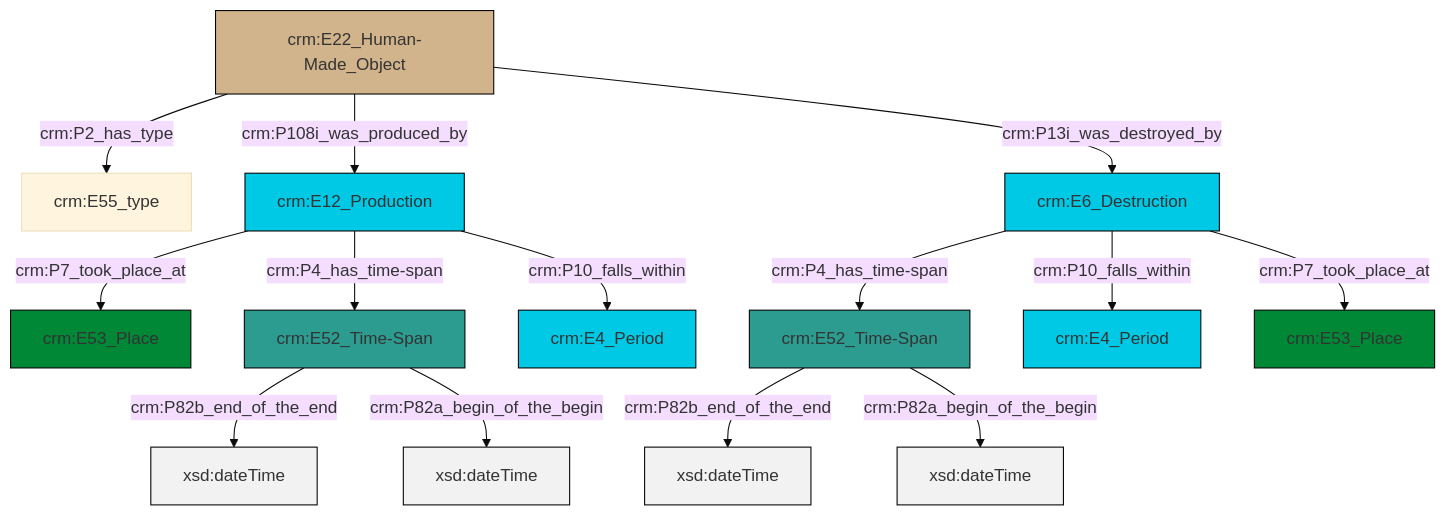
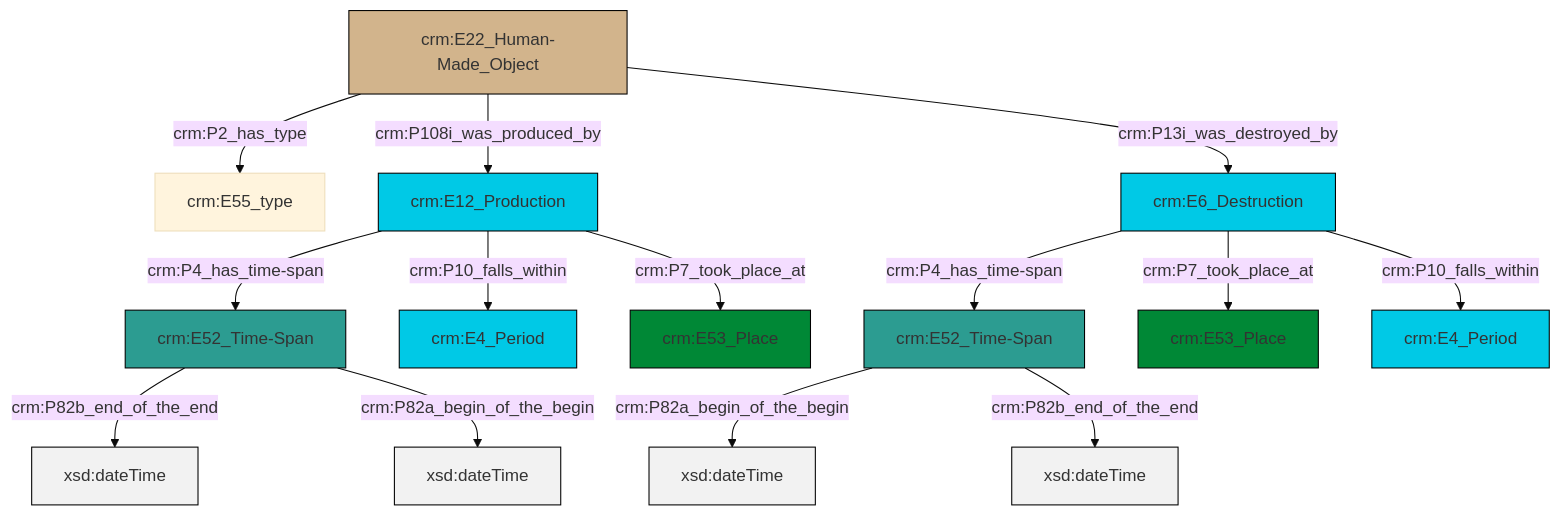
The diagram in et/artworkCSV/ttl/mmd/Artwork_Existence.ttl.mmd (swiss-art-research-net/docs.swissartresearch), drawn with Mermaid (base theme) before and after one commit. The commit also changed 210 other files, not shown here.

```diff
--- a/et/artworkCSV/ttl/mmd/Artwork_Existence.ttl.mmd
+++ b/et/artworkCSV/ttl/mmd/Artwork_Existence.ttl.mmd
@@ -1,28 +1,28 @@
 graph TD
 classDef Literal fill:#f2f2f2,stroke:#000000;
 classDef CRM_Entity fill:#FFFFFF,stroke:#000000;
 classDef Temporal_Entity fill:#00C9E6, stroke:#000000;
 classDef Type fill:#E18312, stroke:#000000;
 classDef Time-Span fill:#2C9C91, stroke:#000000;
 classDef Appellation fill:#FFEB7F, stroke:#000000;
 classDef Place fill:#008836, stroke:#000000;
 classDef Persistent_Item fill:#B266B2, stroke:#000000;
 classDef Conceptual_Object fill:#FFD700, stroke:#000000;
 classDef Physical_Thing fill:#D2B48C, stroke:#000000;
 classDef Actor fill:#f58aad, stroke:#000000;
 classDef PC_Classes fill:#4ce600, stroke:#000000;
 classDef Multi fill:#cccccc,stroke:#000000;
 
-2["crm:E6_Destruction"]:::Temporal_Entity -->|crm:P4_has_time-span| 3["crm:E52_Time-Span"]:::Time-Span
-4["crm:E12_Production"]:::Temporal_Entity -->|crm:P7_took_place_at| 5["crm:E53_Place"]:::Place
-3["crm:E52_Time-Span"]:::Time-Span -->|crm:P82b_end_of_the_end| 6[xsd:dateTime]:::Literal
-2["crm:E6_Destruction"]:::Temporal_Entity -->|crm:P10_falls_within| 7["crm:E4_Period"]:::Temporal_Entity
-2["crm:E6_Destruction"]:::Temporal_Entity -->|crm:P7_took_place_at| 0["crm:E53_Place"]:::Place
-3["crm:E52_Time-Span"]:::Time-Span -->|crm:P82a_begin_of_the_begin| 11[xsd:dateTime]:::Literal
-12["crm:E22_Human-Made_Object"]:::Physical_Thing -->|crm:P2_has_type| 13["crm:E55_type"]:::Default
-12["crm:E22_Human-Made_Object"]:::Physical_Thing -->|crm:P108i_was_produced_by| 4["crm:E12_Production"]:::Temporal_Entity
-4["crm:E12_Production"]:::Temporal_Entity -->|crm:P4_has_time-span| 8["crm:E52_Time-Span"]:::Time-Span
-8["crm:E52_Time-Span"]:::Time-Span -->|crm:P82b_end_of_the_end| 16[xsd:dateTime]:::Literal
-12["crm:E22_Human-Made_Object"]:::Physical_Thing -->|crm:P13i_was_destroyed_by| 2["crm:E6_Destruction"]:::Temporal_Entity
-4["crm:E12_Production"]:::Temporal_Entity -->|crm:P10_falls_within| 18["crm:E4_Period"]:::Temporal_Entity
-8["crm:E52_Time-Span"]:::Time-Span -->|crm:P82a_begin_of_the_begin| 20[xsd:dateTime]:::Literal
+2["crm:E52_Time-Span"]:::Time-Span -->|crm:P82a_begin_of_the_begin| 3[xsd:dateTime]:::Literal
+4["crm:E12_Production"]:::Temporal_Entity -->|crm:P4_has_time-span| 0["crm:E52_Time-Span"]:::Time-Span
+5["crm:E22_Human-Made_Object"]:::Physical_Thing -->|crm:P2_has_type| 6["crm:E55_type"]:::Default
+0["crm:E52_Time-Span"]:::Time-Span -->|crm:P82b_end_of_the_end| 7[xsd:dateTime]:::Literal
+0["crm:E52_Time-Span"]:::Time-Span -->|crm:P82a_begin_of_the_begin| 9[xsd:dateTime]:::Literal
+13["crm:E6_Destruction"]:::Temporal_Entity -->|crm:P4_has_time-span| 2["crm:E52_Time-Span"]:::Time-Span
+4["crm:E12_Production"]:::Temporal_Entity -->|crm:P10_falls_within| 14["crm:E4_Period"]:::Temporal_Entity
+13["crm:E6_Destruction"]:::Temporal_Entity -->|crm:P7_took_place_at| 17["crm:E53_Place"]:::Place
+4["crm:E12_Production"]:::Temporal_Entity -->|crm:P7_took_place_at| 21["crm:E53_Place"]:::Place
+13["crm:E6_Destruction"]:::Temporal_Entity -->|crm:P10_falls_within| 10["crm:E4_Period"]:::Temporal_Entity
+5["crm:E22_Human-Made_Object"]:::Physical_Thing -->|crm:P108i_was_produced_by| 4["crm:E12_Production"]:::Temporal_Entity
+5["crm:E22_Human-Made_Object"]:::Physical_Thing -->|crm:P13i_was_destroyed_by| 13["crm:E6_Destruction"]:::Temporal_Entity
+2["crm:E52_Time-Span"]:::Time-Span -->|crm:P82b_end_of_the_end| 23[xsd:dateTime]:::Literal
```
